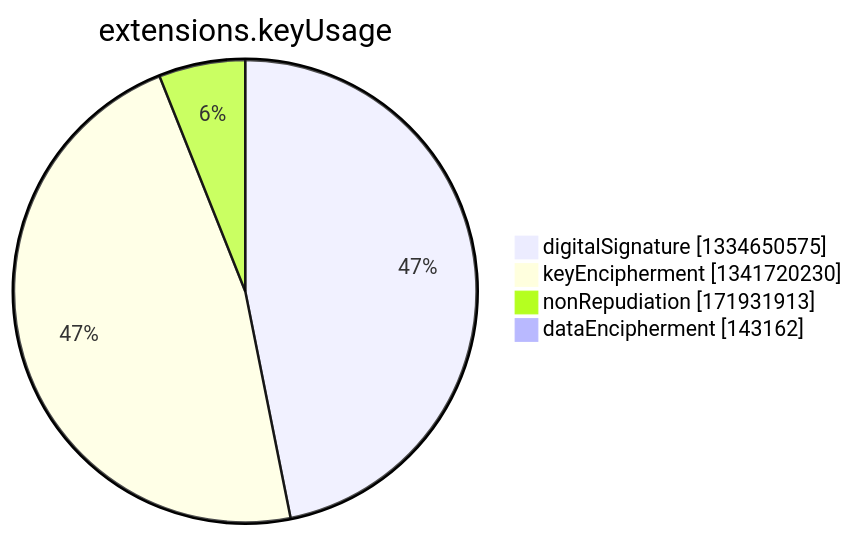
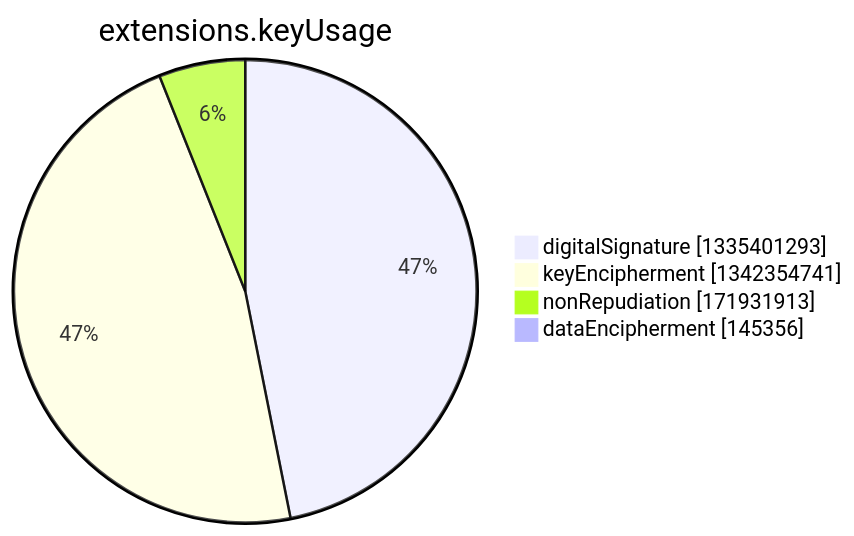
One commit to christiankrug/ctmonitor_visualization changed the seventh of 15 diagrams in argon2022/README.md. Above: the diagram before and after it, drawn with Mermaid. The commit also changed other lines of this file, not shown here.

````diff
--- a/argon2022/README.md
+++ b/argon2022/README.md
@@ -2750,8 +2750,8 @@
 ```mermaid
 pie showData
 title extensions.keyUsage
-"digitalSignature" :1334650575
-"keyEncipherment" :1341720230
+"digitalSignature" :1335401293
+"keyEncipherment" :1342354741
 "nonRepudiation" :171931913
-"dataEncipherment" :143162
+"dataEncipherment" :145356
 ```
````
